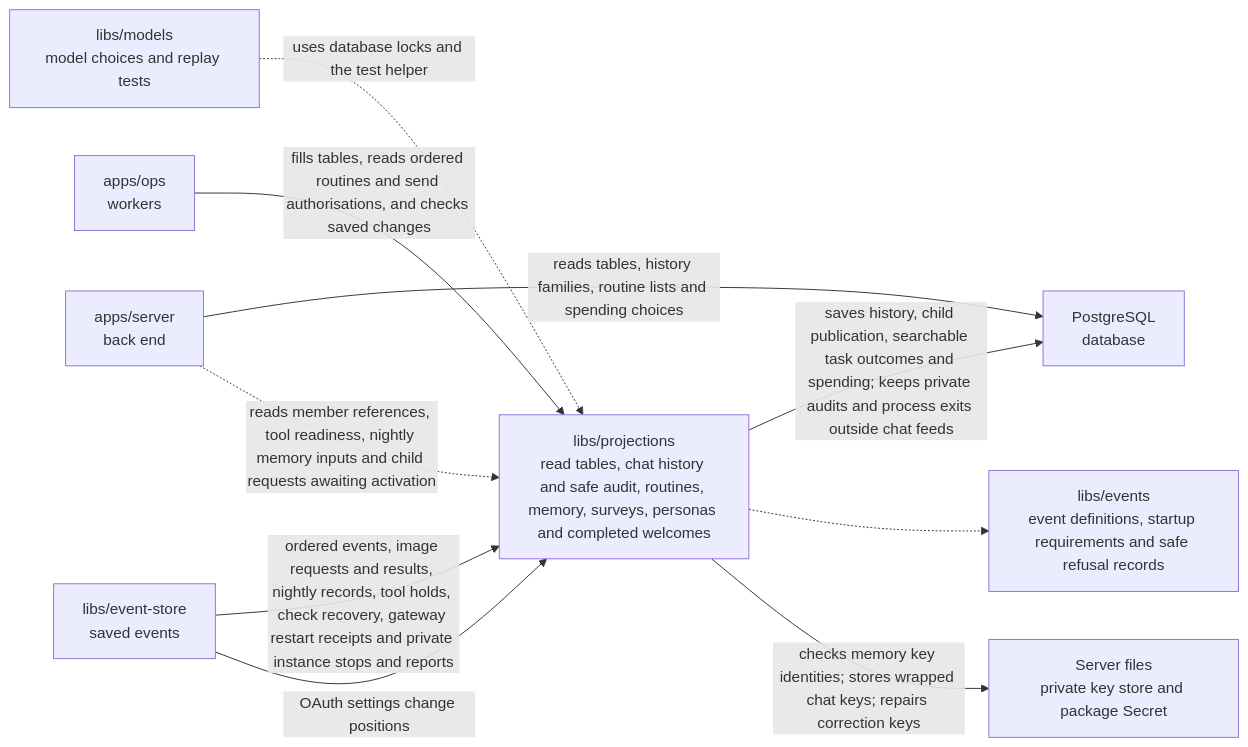
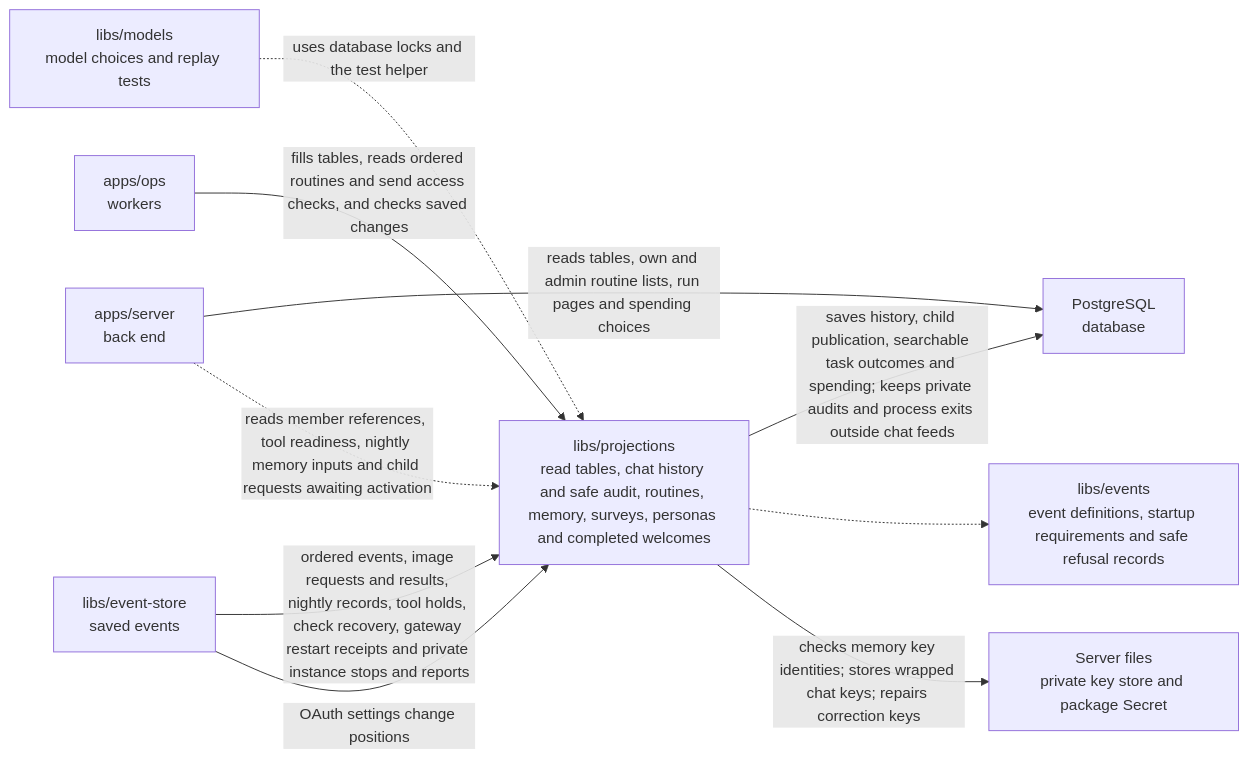
Before and after one commit to elewa-git/opencrane-new: the diagram in libs/projections/README.md, drawn with Mermaid. The commit also changed other lines of this file and 19 other files, not shown here.

Commit message:
🔐 Recheck routine access after custody returns

````diff
--- a/libs/projections/README.md
+++ b/libs/projections/README.md
@@ -58,12 +58,12 @@
 ```mermaid
 flowchart LR
   models["libs/models<br/>model choices and replay tests"] -.->|uses database locks and the test helper| projections
-  ops["apps/ops<br/>workers"] -->|fills tables, reads ordered routines and send authorisations, and checks saved changes| projections["libs/projections<br/>read tables, chat history and safe audit, routines, memory, surveys, personas and completed welcomes"]
-  server["apps/server<br/>back end"] -->|reads tables, history families, routine lists and spending choices| pg["PostgreSQL<br/>database"]
+  ops["apps/ops<br/>workers"] -->|fills tables, reads ordered routines and send access checks, and checks saved changes| projections["libs/projections<br/>read tables, chat history and safe audit, routines, memory, surveys, personas and completed welcomes"]
+  server["apps/server<br/>back end"] -->|reads tables, own and admin routine lists, run pages and spending choices| pg["PostgreSQL<br/>database"]
   projections -->|saves history, child publication, searchable task outcomes and spending; keeps private audits and process exits outside chat feeds| pg
   store["libs/event-store<br/>saved events"] -->|ordered events, image requests and results, nightly records, tool holds, check recovery, gateway restart receipts and private instance stops and reports| projections
   server -.->|reads member references, tool readiness, nightly memory inputs and child requests awaiting activation| projections
   projections -.-> events["libs/events<br/>event definitions, startup requirements and safe refusal records"]
   projections -->|checks memory key identities; stores wrapped chat keys; repairs correction keys| keys["Server files<br/>private key store and package Secret"]
   store -->|OAuth settings change positions| projections
 ```
````
